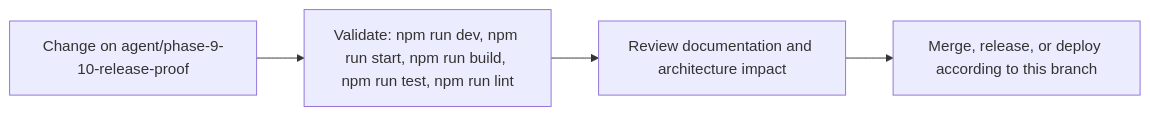
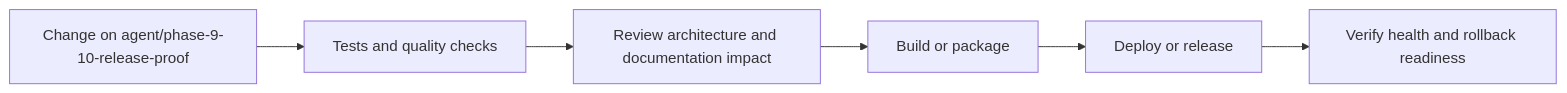
Before and after one commit to Nischhalsubba/BindForge-NW: the fifth of 6 diagrams in README.md, drawn with Mermaid. The commit also changed other lines of this file, not shown here.

````diff
--- a/README.md
+++ b/README.md
@@ -88,8 +184,8 @@
 ```mermaid
 flowchart LR
-    CHANGE["Change on agent/phase-9-10-release-proof"]
-    CHECK["Validate: npm run dev, npm run start, npm run build, npm run test, npm run lint"]
-    REVIEW["Review documentation and architecture impact"]
-    RELEASE["Merge, release, or deploy according to this branch"]
-    CHANGE --> CHECK --> REVIEW --> RELEASE
+    CHANGE["Change on agent/phase-9-10-release-proof"] --> CHECK["Tests and quality checks"]
+    CHECK --> REVIEW["Review architecture and documentation impact"]
+    REVIEW --> BUILD["Build or package"]
+    BUILD --> DEPLOY["Deploy or release"]
+    DEPLOY --> VERIFY["Verify health and rollback readiness"]
 ```
````
